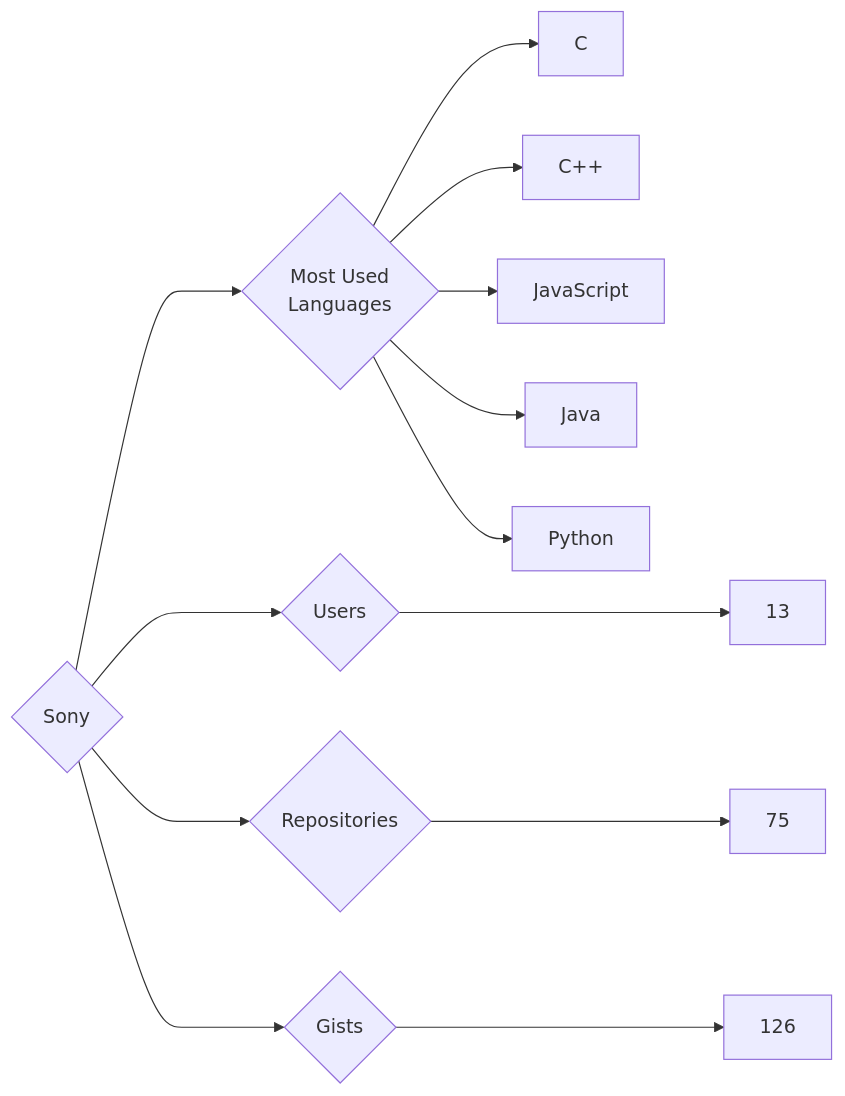
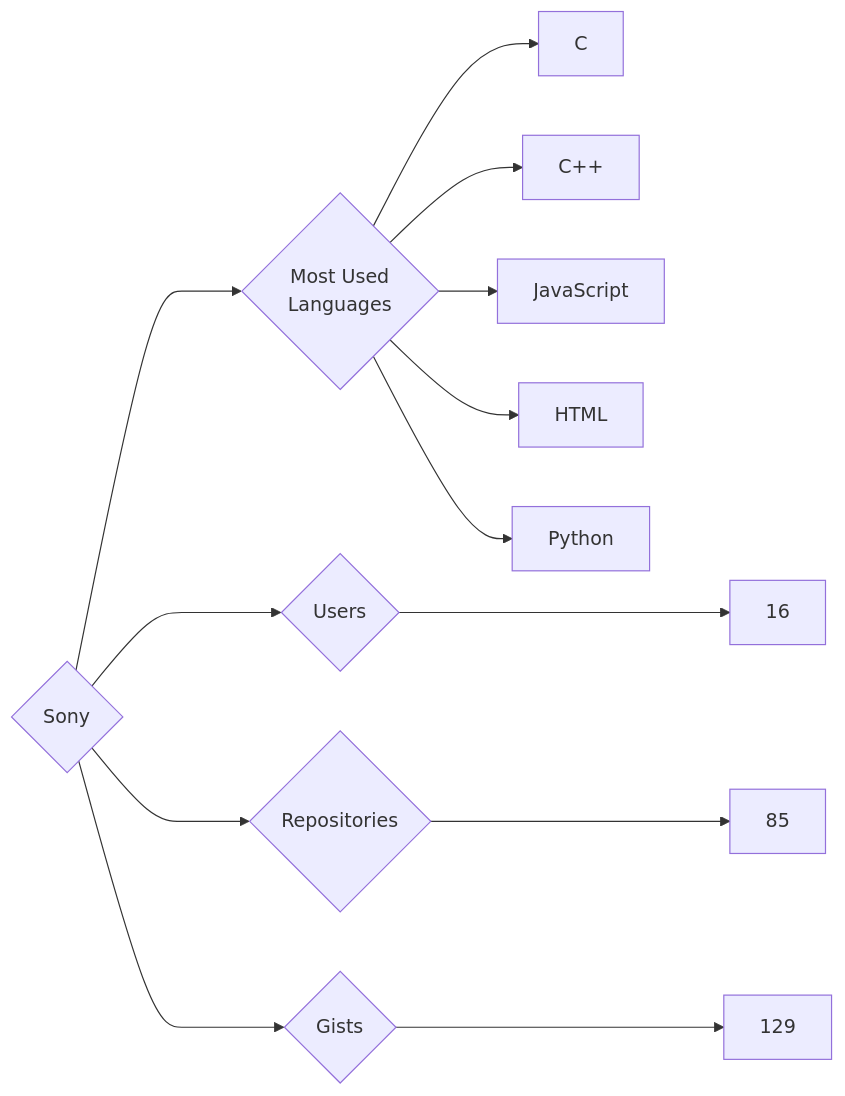
One commit to trickest/insiders changed the diagram in targets/Sony/README.md. Above: the diagram before and after it, drawn with Mermaid. The commit also changed 1484 other files, not shown here.

````diff
--- a/targets/Sony/README.md
+++ b/targets/Sony/README.md
@@ -3,13 +3,13 @@
 ```mermaid
 graph LR
 COMPANY_NAME{Sony}
-COMPANY_NAME ---> U{Users} ---> UN[13]
-COMPANY_NAME ---> R{Repositories} ---> RN[75]
-COMPANY_NAME ---> G{Gists} ---> GN[126]
+COMPANY_NAME ---> U{Users} ---> UN[16]
+COMPANY_NAME ---> R{Repositories} ---> RN[85]
+COMPANY_NAME ---> G{Gists} ---> GN[129]
 COMPANY_NAME ---> ML{Most Used<br>Languages}
 ML --> C[C]
 ML --> C++[C++]
 ML --> JavaScript[JavaScript]
-ML --> Java[Java]
+ML --> HTML[HTML]
 ML --> Python[Python]
 ```
````
